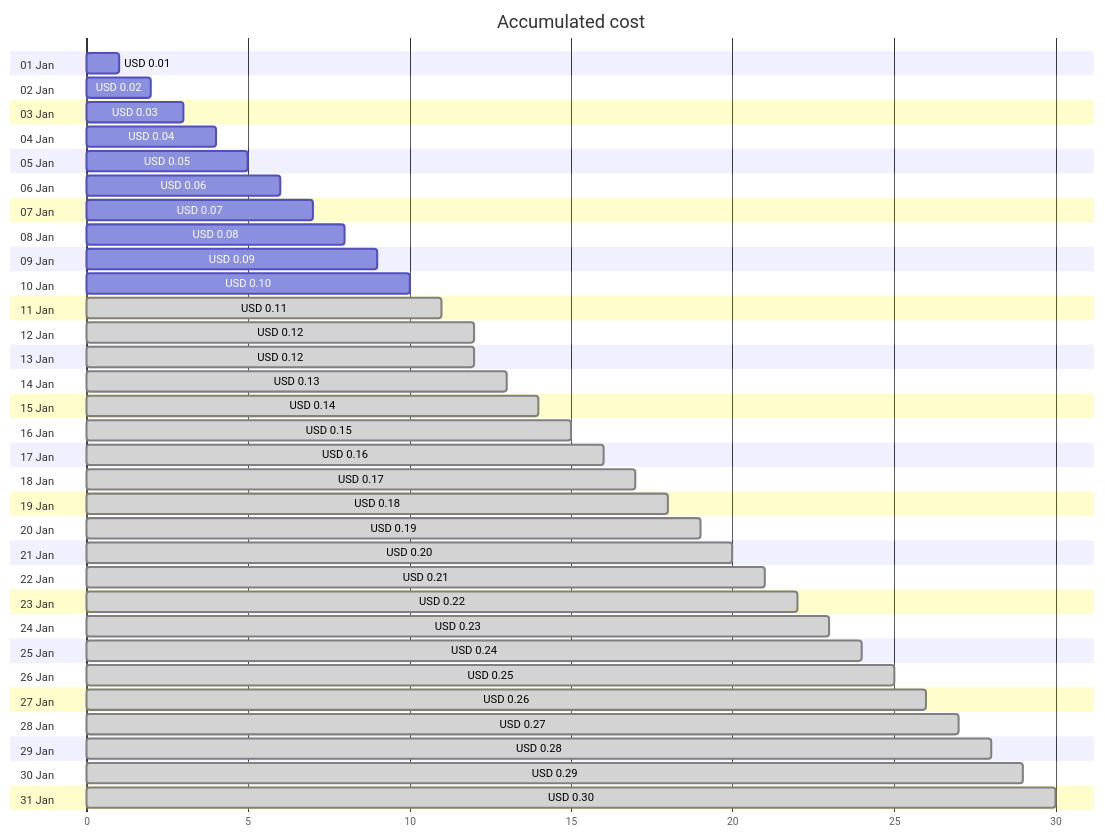
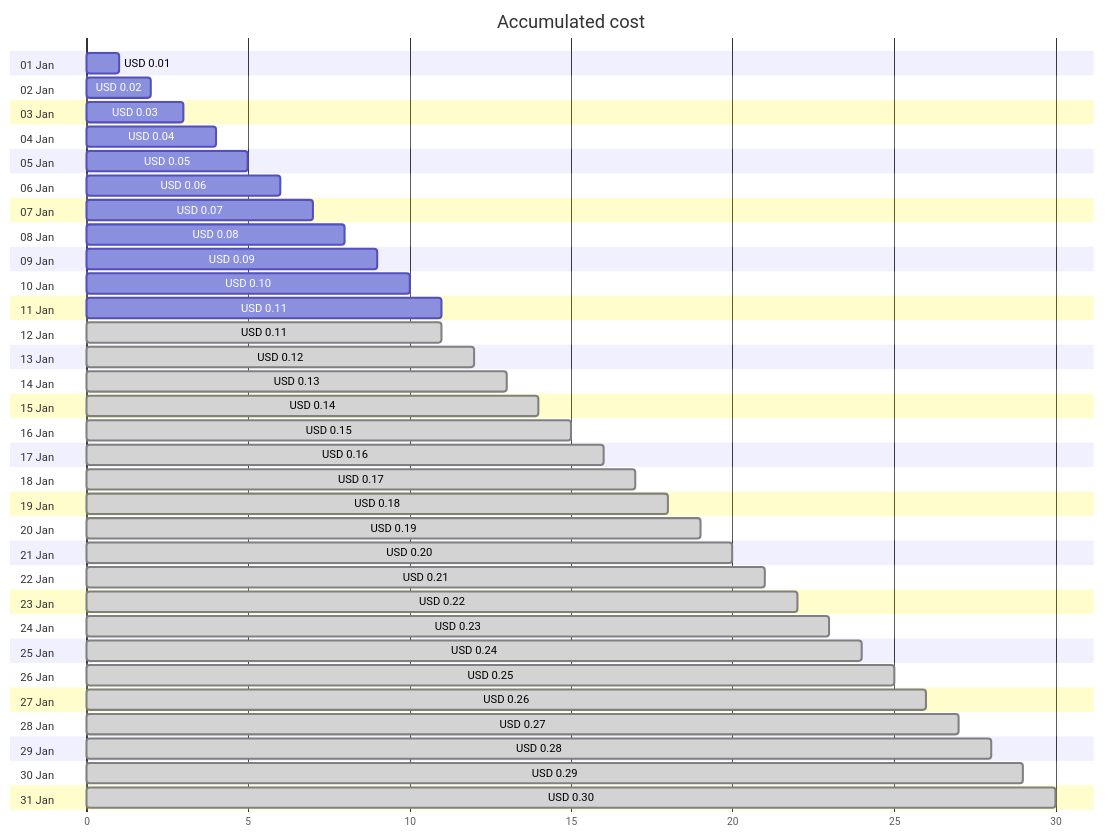
One commit to jpfulton/azure-personal-reports changed the first of 4 diagrams in cost-reports/cloud-shell-storage-eastus/cs2100300008c8d894b.md. Above: the diagram before and after it, drawn with Mermaid. The commit also changed other lines of this file and 1 other file, not shown here.

````diff
--- a/cost-reports/cloud-shell-storage-eastus/cs2100300008c8d894b.md
+++ b/cost-reports/cloud-shell-storage-eastus/cs2100300008c8d894b.md
@@ -20,68 +20,68 @@
 ```mermaid
 gantt
    title Accumulated cost
    dateFormat  X
    axisFormat %s
    section 01 Jan
    USD 0.01 :0, 1
    section 02 Jan
    USD 0.02 :0, 2
    section 03 Jan
    USD 0.03 :0, 3
    section 04 Jan
    USD 0.04 :0, 4
    section 05 Jan
    USD 0.05 :0, 5
    section 06 Jan
    USD 0.06 :0, 6
    section 07 Jan
    USD 0.07 :0, 7
    section 08 Jan
    USD 0.08 :0, 8
    section 09 Jan
    USD 0.09 :0, 9
    section 10 Jan
    USD 0.10 :0, 10
    section 11 Jan
+   USD 0.11 :0, 11
+   section 12 Jan
    USD 0.11 : done, 0, 11
-   section 12 Jan
-   USD 0.12 : done, 0, 12
    section 13 Jan
    USD 0.12 : done, 0, 12
    section 14 Jan
    USD 0.13 : done, 0, 13
    section 15 Jan
    USD 0.14 : done, 0, 14
    section 16 Jan
    USD 0.15 : done, 0, 15
    section 17 Jan
    USD 0.16 : done, 0, 16
    section 18 Jan
    USD 0.17 : done, 0, 17
    section 19 Jan
    USD 0.18 : done, 0, 18
    section 20 Jan
    USD 0.19 : done, 0, 19
    section 21 Jan
    USD 0.20 : done, 0, 20
    section 22 Jan
    USD 0.21 : done, 0, 21
    section 23 Jan
    USD 0.22 : done, 0, 22
    section 24 Jan
    USD 0.23 : done, 0, 23
    section 25 Jan
    USD 0.24 : done, 0, 24
    section 26 Jan
    USD 0.25 : done, 0, 25
    section 27 Jan
    USD 0.26 : done, 0, 26
    section 28 Jan
    USD 0.27 : done, 0, 27
    section 29 Jan
    USD 0.28 : done, 0, 28
    section 30 Jan
    USD 0.29 : done, 0, 29
    section 31 Jan
    USD 0.30 : done, 0, 30
 ```
````
